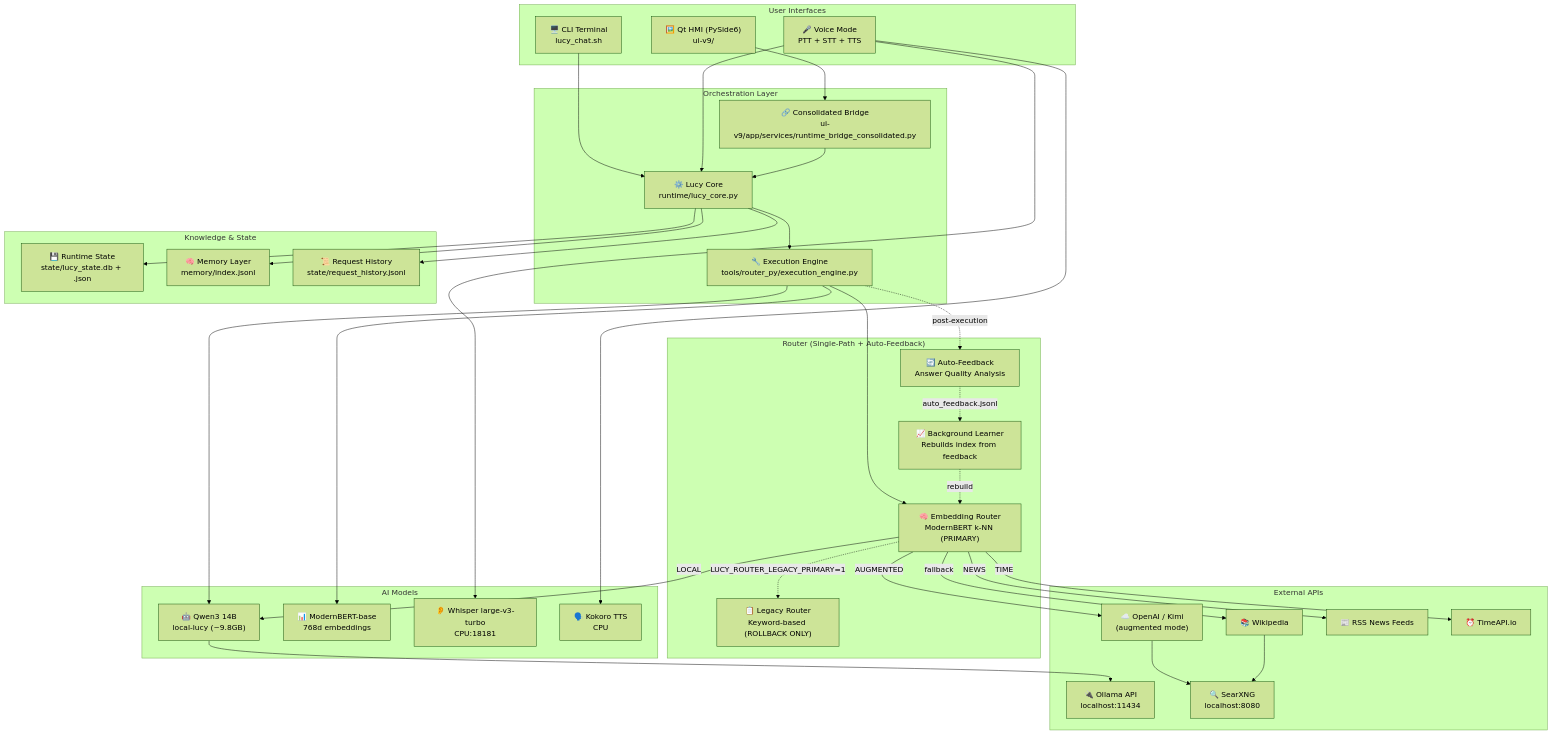
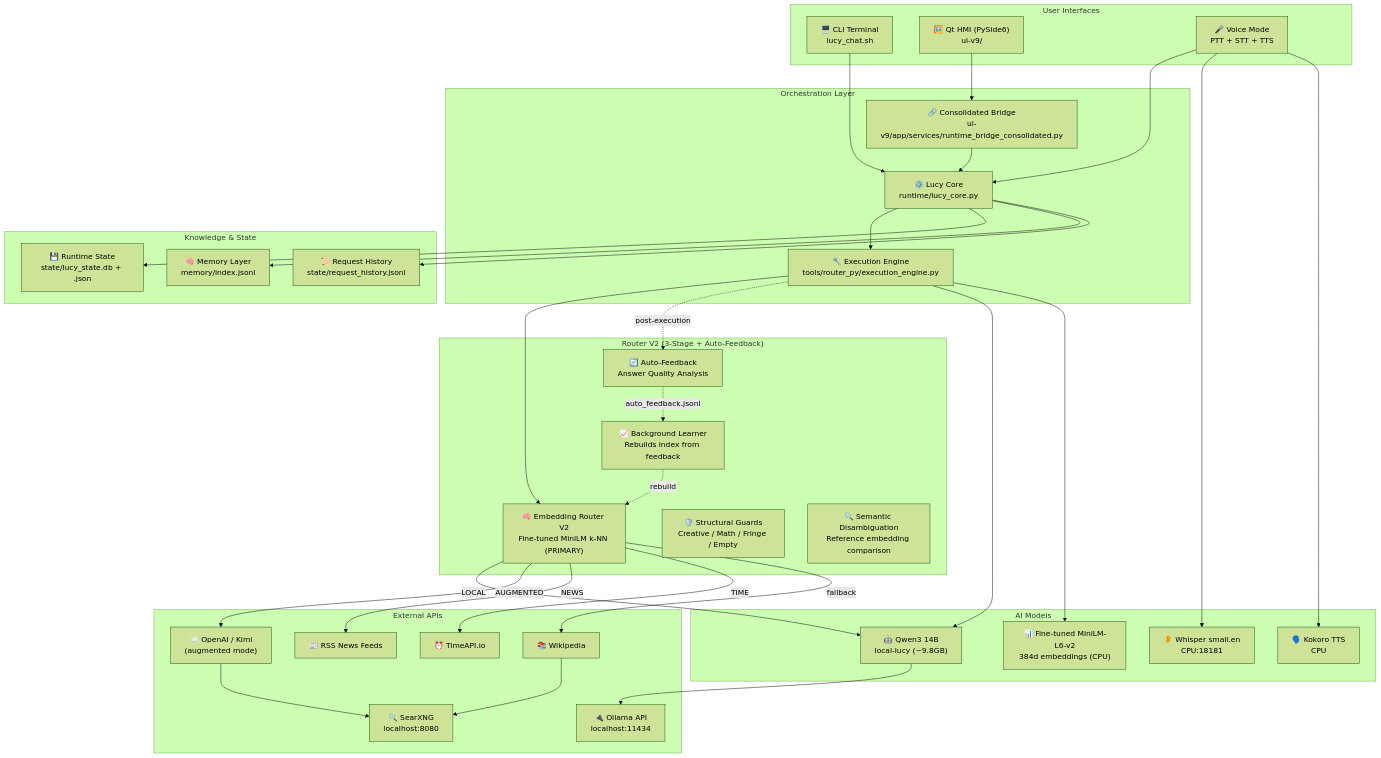
Before and after one commit to mikemichaelperry-cloud/Local-Lucy: the first of 3 diagrams in ARCHITECTURE.md, drawn with Mermaid (forest theme). The commit also changed other lines of this file and 188 other files, not shown here.

````diff
--- a/ARCHITECTURE.md
+++ b/ARCHITECTURE.md
@@ -13,76 +14,77 @@
 ```mermaid
 graph TB
     subgraph "User Interfaces"
         CLI["🖥️ CLI Terminal<br/>lucy_chat.sh"]
         GUI["🖼️ Qt HMI (PySide6)<br/>ui-v9/"]
         VOICE["🎤 Voice Mode<br/>PTT + STT + TTS"]
     end
 
     subgraph "Orchestration Layer"
         CORE["⚙️ Lucy Core<br/>runtime/lucy_core.py"]
         ENGINE["🔧 Execution Engine<br/>tools/router_py/execution_engine.py"]
         BRIDGE["🔗 Consolidated Bridge<br/>ui-v9/app/services/runtime_bridge_consolidated.py"]
     end
 
-    subgraph "Router (Single-Path + Auto-Feedback)"
-        EMBED["🧠 Embedding Router<br/>ModernBERT k-NN (PRIMARY)"]
-        LEGACY["📋 Legacy Router<br/>Keyword-based (ROLLBACK ONLY)"]
+    subgraph "Router V2 (3-Stage + Auto-Feedback)"
+        EMBED["🧠 Embedding Router V2<br/>Fine-tuned MiniLM k-NN (PRIMARY)"]
+        STRUCT["🛡️ Structural Guards<br/>Creative / Math / Fringe / Empty"]
+        DISAMBIG["🔍 Semantic Disambiguation<br/>Reference embedding comparison"]
+        AUTO_FB["🔄 Auto-Feedback<br/>Answer Quality Analysis"]
         AUTO_FB["🔄 Auto-Feedback<br/>Answer Quality Analysis"]
         LEARNER["📈 Background Learner<br/>Rebuilds index from feedback"]
     end
 
     subgraph "AI Models"
         LLM["🤖 Qwen3 14B<br/>local-lucy (~9.8GB)"]
-        ROUTER_MODEL["📊 ModernBERT-base<br/>768d embeddings"]
-        WHISPER["👂 Whisper large-v3-turbo<br/>CPU:18181"]
+        ROUTER_MODEL["📊 Fine-tuned MiniLM-L6-v2<br/>384d embeddings (CPU)"]
+        WHISPER["👂 Whisper small.en<br/>CPU:18181"]
         KOKORO["🗣️ Kokoro TTS<br/>CPU"]
     end
 
     subgraph "Knowledge & State"
         STATE["💾 Runtime State<br/>state/lucy_state.db + .json"]
         MEMORY["🧠 Memory Layer<br/>memory/index.jsonl"]
         HISTORY["📜 Request History<br/>state/request_history.jsonl"]
     end
 
     subgraph "External APIs"
         OLLAMA["🔌 Ollama API<br/>localhost:11434"]
         WIKI["📚 Wikipedia"]
         OPENAI["☁️ OpenAI / Kimi<br/>(augmented mode)"]
         NEWS["📰 RSS News Feeds"]
         TIMEAPI["⏰ TimeAPI.io"]
         SEARCH["🔍 SearXNG<br/>localhost:8080"]
     end
 
     CLI --> CORE
     GUI --> BRIDGE
     VOICE --> CORE
 
     BRIDGE --> CORE
     CORE --> ENGINE
     CORE --> STATE
     CORE --> MEMORY
     CORE --> HISTORY
 
     ENGINE --> EMBED
-    EMBED -.->|"LUCY_ROUTER_LEGACY_PRIMARY=1"| LEGACY
     ENGINE -.->|"post-execution"| AUTO_FB
     AUTO_FB -.->|"auto_feedback.jsonl"| LEARNER
     LEARNER -.->|"rebuild"| EMBED
 
     ENGINE --> LLM
     ENGINE --> ROUTER_MODEL
 
     LLM --> OLLAMA
 
     EMBED -->|"LOCAL"| LLM
     EMBED -->|"AUGMENTED"| OPENAI
     EMBED -->|"NEWS"| NEWS
     EMBED -->|"TIME"| TIMEAPI
     EMBED -->|"fallback"| WIKI
 
     VOICE --> WHISPER
     VOICE --> KOKORO
 
     OPENAI --> SEARCH
     WIKI --> SEARCH
 ```
````
